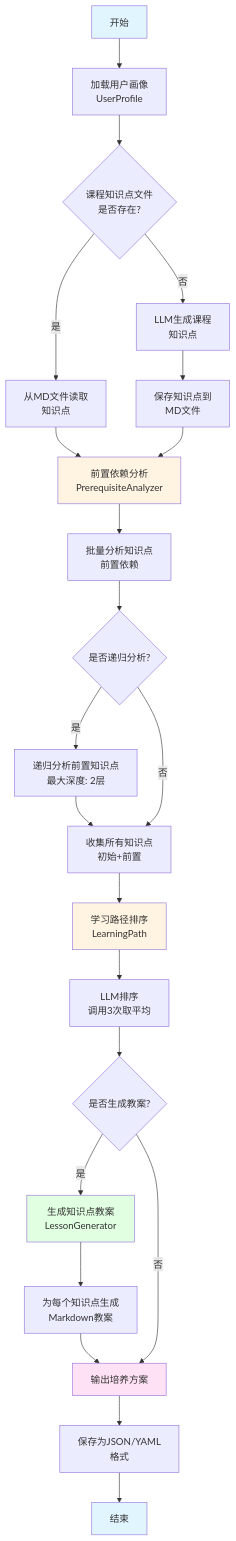
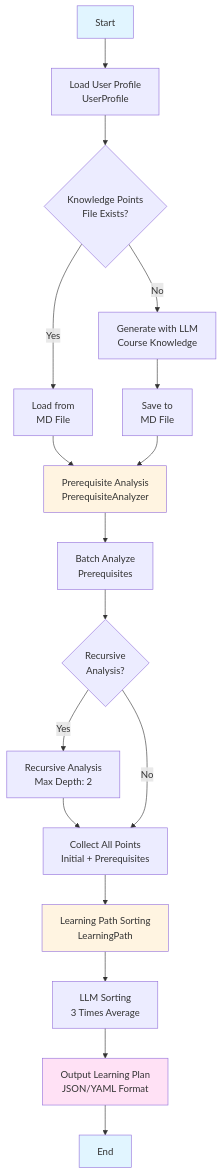
Before and after one commit to likefallwind/simpleDoc: the first of 2 diagrams in README.md, drawn with Mermaid. The commit also changed other lines of this file, not shown here.

Commit message:
Update README to include enhanced algorithm flowcharts for Learning Plan Generation and Lesson Generation. Improve clarity of each step and adjust styling for better visual representation.

````diff
--- a/README.md
+++ b/README.md
@@ -140,31 +142,25 @@
 ```mermaid
 flowchart TD
-    A[开始] --> B[加载用户画像<br/>UserProfile]
-    B --> C{课程知识点文件<br/>是否存在?}
-    C -->|是| D[从MD文件读取<br/>知识点]
-    C -->|否| E[LLM生成课程<br/>知识点]
-    E --> F[保存知识点到<br/>MD文件]
-    D --> G[前置依赖分析<br/>PrerequisiteAnalyzer]
+    A[Start] --> B[Load User Profile<br/>UserProfile]
+    B --> C{Knowledge Points<br/>File Exists?}
+    C -->|Yes| D[Load from<br/>MD File]
+    C -->|No| E[Generate with LLM<br/>Course Knowledge]
+    E --> F[Save to<br/>MD File]
+    D --> G[Prerequisite Analysis<br/>PrerequisiteAnalyzer]
     F --> G
-    G --> H[批量分析知识点<br/>前置依赖]
-    H --> I{是否递归分析?}
-    I -->|是| J[递归分析前置知识点<br/>最大深度: 2层]
-    J --> K[收集所有知识点<br/>初始+前置]
-    I -->|否| K
-    K --> L[学习路径排序<br/>LearningPath]
-    L --> M[LLM排序<br/>调用3次取平均]
-    M --> N{是否生成教案?}
-    N -->|是| O[生成知识点教案<br/>LessonGenerator]
-    O --> P[为每个知识点生成<br/>Markdown教案]
-    P --> Q[输出培养方案]
-    N -->|否| Q
-    Q --> R[保存为JSON/YAML<br/>格式]
-    R --> S[结束]
+    G --> H[Batch Analyze<br/>Prerequisites]
+    H --> I{Recursive<br/>Analysis?}
+    I -->|Yes| J[Recursive Analysis<br/>Max Depth: 2]
+    J --> K[Collect All Points<br/>Initial + Prerequisites]
+    I -->|No| K
+    K --> L[Learning Path Sorting<br/>LearningPath]
+    L --> M[LLM Sorting<br/>3 Times Average]
+    M --> N[Output Learning Plan<br/>JSON/YAML Format]
+    N --> O[End]
     
     style A fill:#e1f5ff
-    style S fill:#e1f5ff
+    style O fill:#e1f5ff
     style G fill:#fff4e1
     style L fill:#fff4e1
-    style O fill:#e1ffe1
-    style Q fill:#ffe1f5
+    style N fill:#ffe1f5
 ```
````
